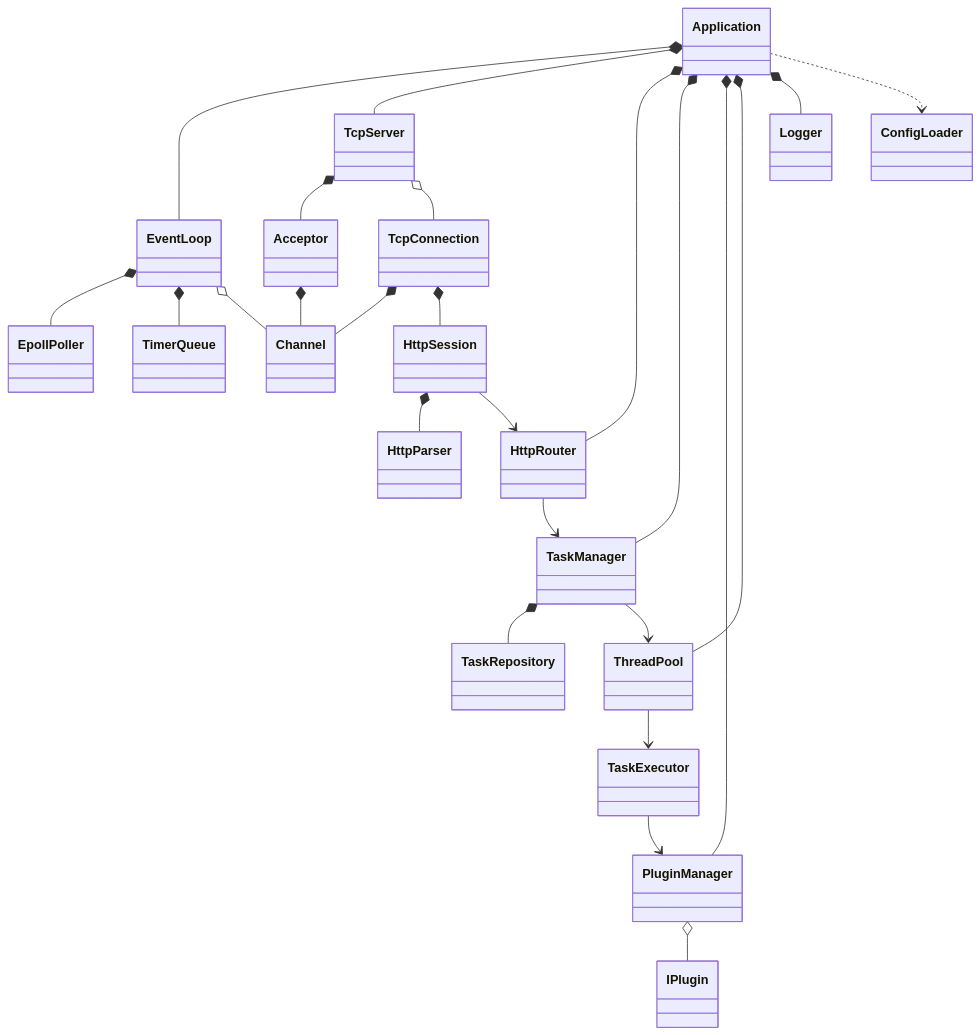
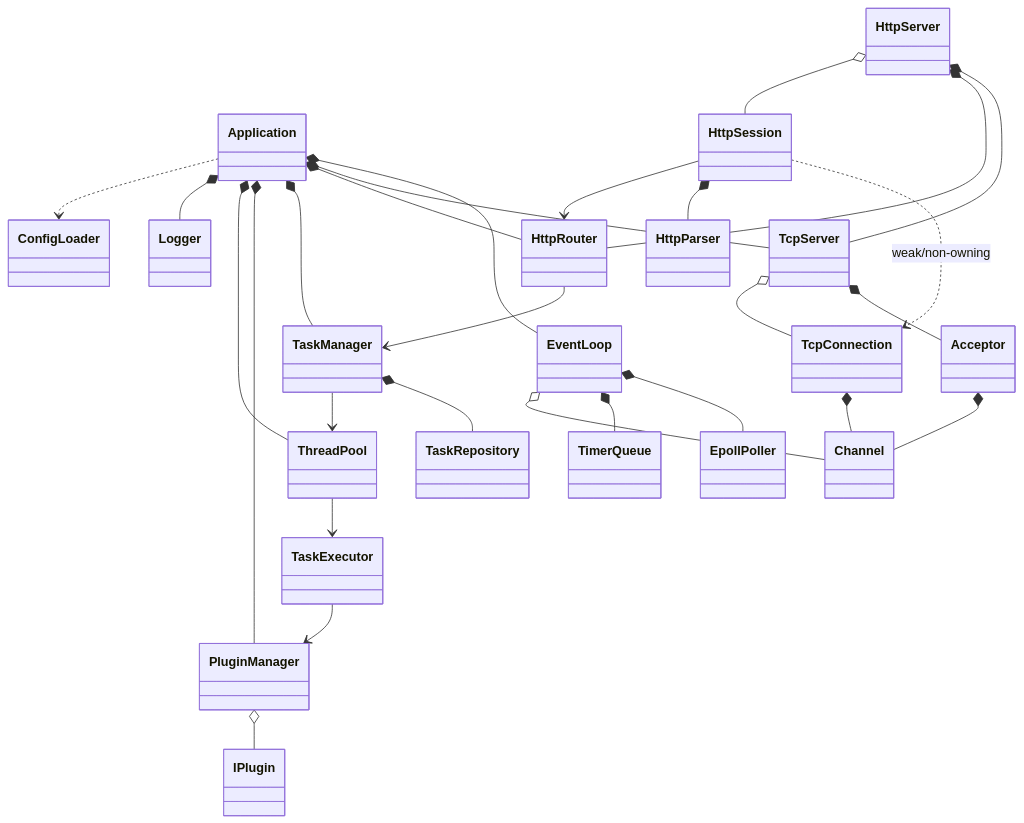
Before and after one commit to realme-max/IndustrialAIServiceFramework: the second of 10 diagrams in docs/architecture.md, drawn with Mermaid. The commit also changed other lines of this file and 36 other files, not shown here.

````diff
--- a/docs/architecture.md
+++ b/docs/architecture.md
@@ -255,49 +269,53 @@
 ```mermaid
 classDiagram
     class Application
     class EventLoop
     class EpollPoller
     class Channel
     class Acceptor
     class TcpServer
     class TcpConnection
+    class HttpServer
     class HttpSession
     class HttpParser
     class HttpRouter
     class TaskManager
     class TaskRepository
     class ThreadPool
     class TaskExecutor
     class PluginManager
     class IPlugin
     class TimerQueue
     class Logger
     class ConfigLoader
 
     Application *-- EventLoop
     Application *-- TcpServer
     Application *-- HttpRouter
     Application *-- TaskManager
     Application *-- PluginManager
     Application *-- ThreadPool
     Application *-- Logger
     Application ..> ConfigLoader
 
     EventLoop *-- EpollPoller
     EventLoop *-- TimerQueue
     EventLoop o-- Channel
     TcpServer *-- Acceptor
     Acceptor *-- Channel
     TcpServer o-- TcpConnection
     TcpConnection *-- Channel
-    TcpConnection *-- HttpSession
+    HttpServer *-- TcpServer
+    HttpServer *-- HttpRouter
+    HttpServer o-- HttpSession
+    HttpSession ..> TcpConnection : weak/non-owning
     HttpSession *-- HttpParser
     HttpSession --> HttpRouter
 
     HttpRouter --> TaskManager
     TaskManager *-- TaskRepository
     TaskManager --> ThreadPool
     ThreadPool --> TaskExecutor
     TaskExecutor --> PluginManager
     PluginManager o-- IPlugin
 ```
````
